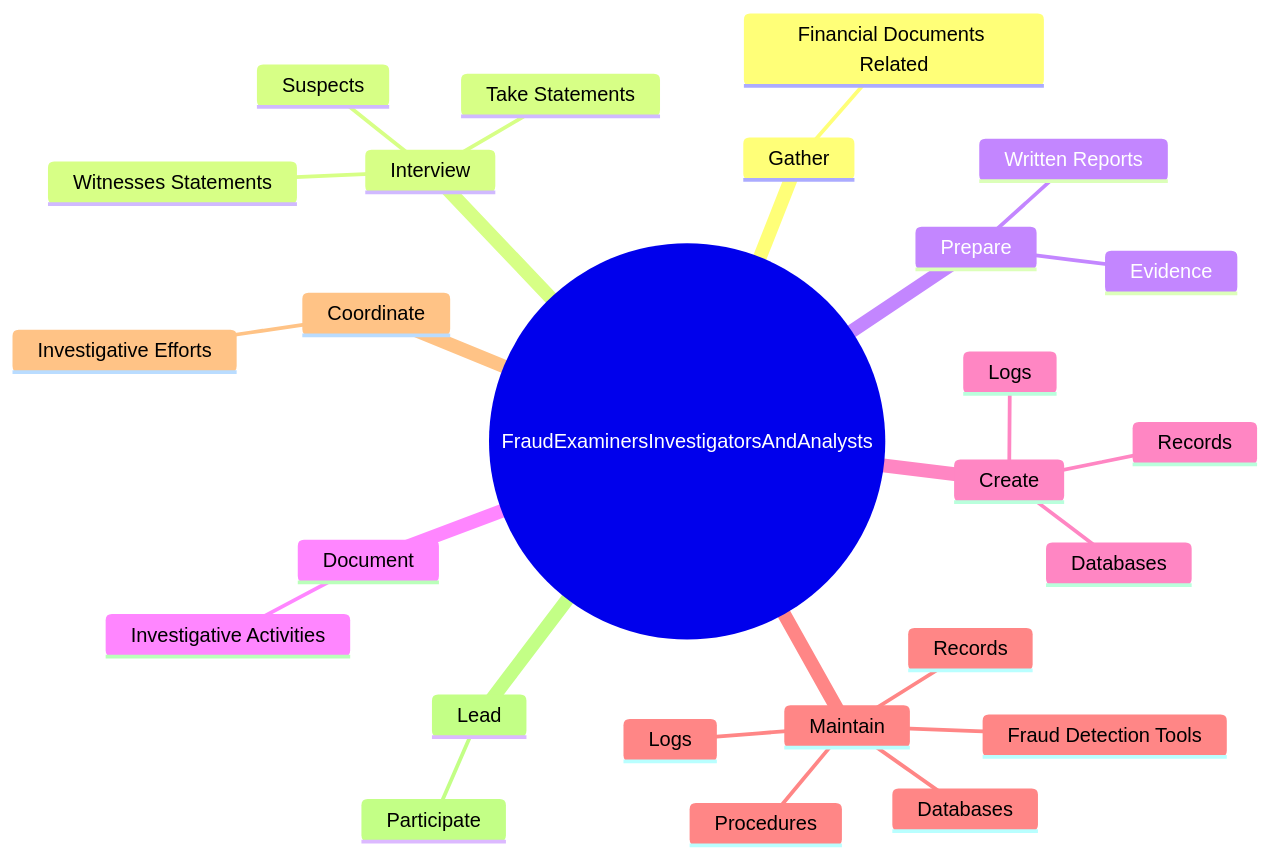
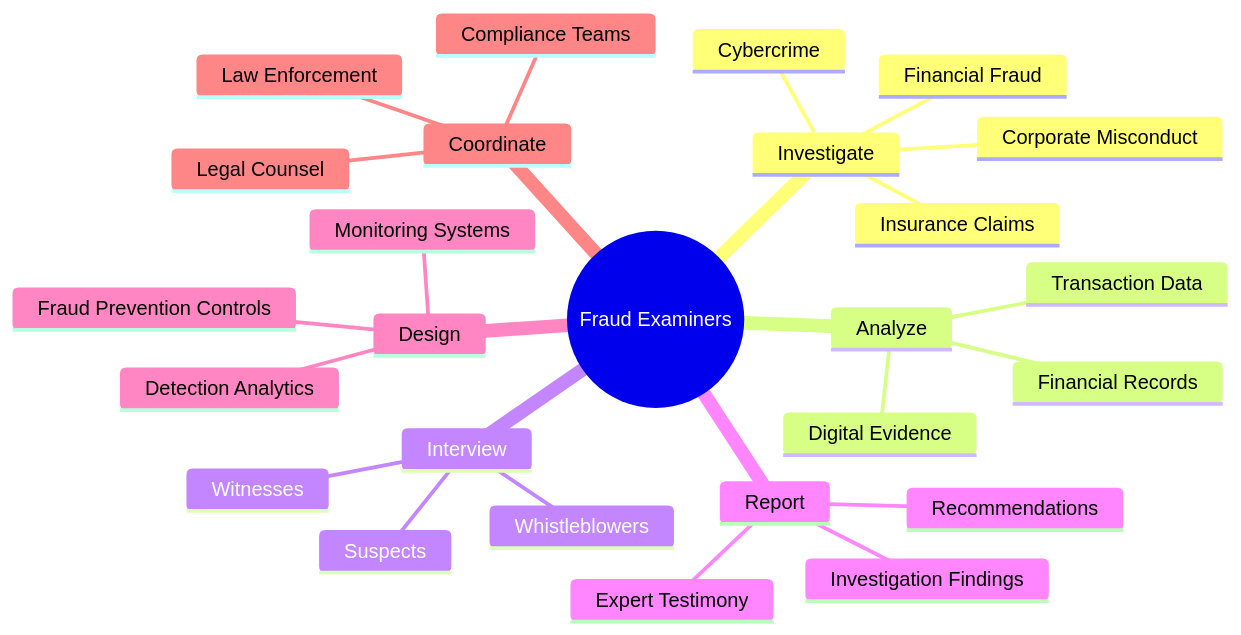
Before and after one commit to kziemski/business.org.ai: the second of 4 diagrams in occupations/Business/FraudExaminersInvestigatorsAndAnalysts.mdx, drawn with Mermaid. The commit also changed other lines of this file and 938 other files, not shown here.

````diff
--- a/occupations/Business/FraudExaminersInvestigatorsAndAnalysts.mdx
+++ b/occupations/Business/FraudExaminersInvestigatorsAndAnalysts.mdx
@@ -38,29 +48,29 @@
 ```mermaid
 mindmap
-    root(("FraudExaminersInvestigatorsAndAnalysts"))
-        Gather
-            Financial Documents Related
+    root(("Fraud Examiners"))
+        Investigate
+            Financial Fraud
+            Insurance Claims
+            Corporate Misconduct
+            Cybercrime
+        Analyze
+            Financial Records
+            Transaction Data
+            Digital Evidence
         Interview
-            Witnesses Statements
-            Take Statements
+            Witnesses
             Suspects
-        Prepare
-            Written Reports
-            Evidence
-        Document
-            Investigative Activities
-        Create
-            Logs
-            Records
-            Databases
-        Maintain
-            Logs
-            Records
-            Databases
-            Fraud Detection Tools
-            Procedures
+            Whistleblowers
+        Report
+            Investigation Findings
+            Expert Testimony
+            Recommendations
+        Design
+            Fraud Prevention Controls
+            Detection Analytics
+            Monitoring Systems
         Coordinate
-            Investigative Efforts
-        Lead
-            Participate
+            Law Enforcement
+            Legal Counsel
+            Compliance Teams
 ```
````
